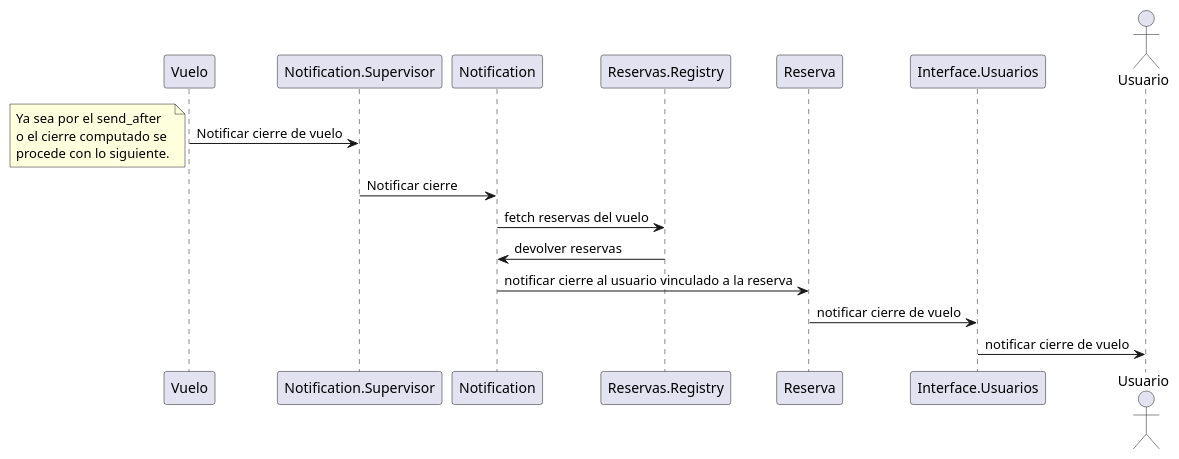
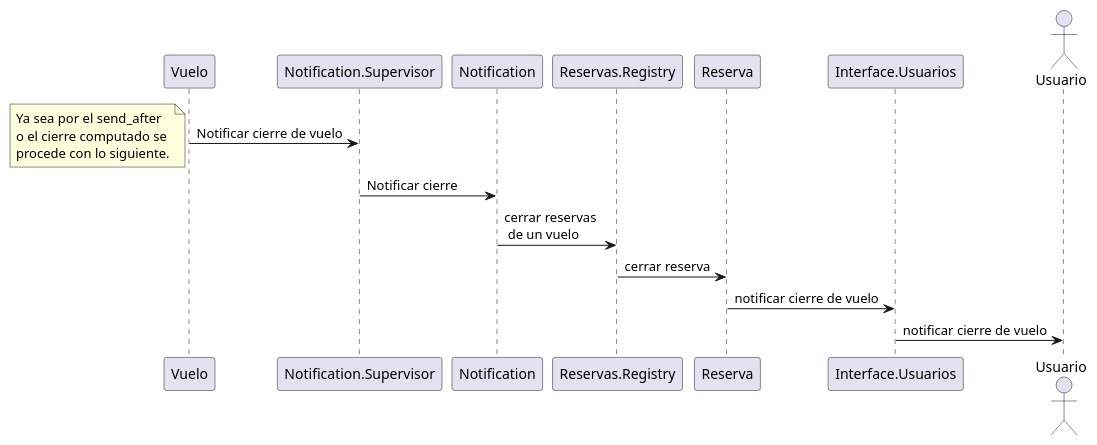
Before and after one commit to NicoMadd/levantar-vuelo: the diagram in diagrams/secuencia_cierre_de_vuelo.puml, drawn with PlantUML. The commit also changed 2 other files, not shown here.

Commit message:
update: diagram arq + diagram secuencia

```diff
--- a/diagrams/secuencia_cierre_de_vuelo.puml
+++ b/diagrams/secuencia_cierre_de_vuelo.puml
@@ -1,20 +1,19 @@
 @startuml Secuencia Cierre de vuelo
 
 participant Vuelo
 participant Notification.Supervisor
 participant Notification
 participant Reservas.Registry
 participant Reserva
 participant Interface.Usuarios
 actor Usuario
 
 Vuelo -> Notification.Supervisor: Notificar cierre de vuelo
 note left: Ya sea por el send_after \no el cierre computado se \nprocede con lo siguiente.
 Notification.Supervisor -> Notification: Notificar cierre
-Notification -> Reservas.Registry: fetch reservas del vuelo
-Reservas.Registry -> Notification: devolver reservas
-Notification -> Reserva: notificar cierre al usuario vinculado a la reserva
+Notification -> Reservas.Registry: cerrar reservas\n de un vuelo
+Reservas.Registry -> Reserva: cerrar reserva
 Reserva -> Interface.Usuarios: notificar cierre de vuelo
 Interface.Usuarios -> Usuario: notificar cierre de vuelo
 
 @enduml
```
